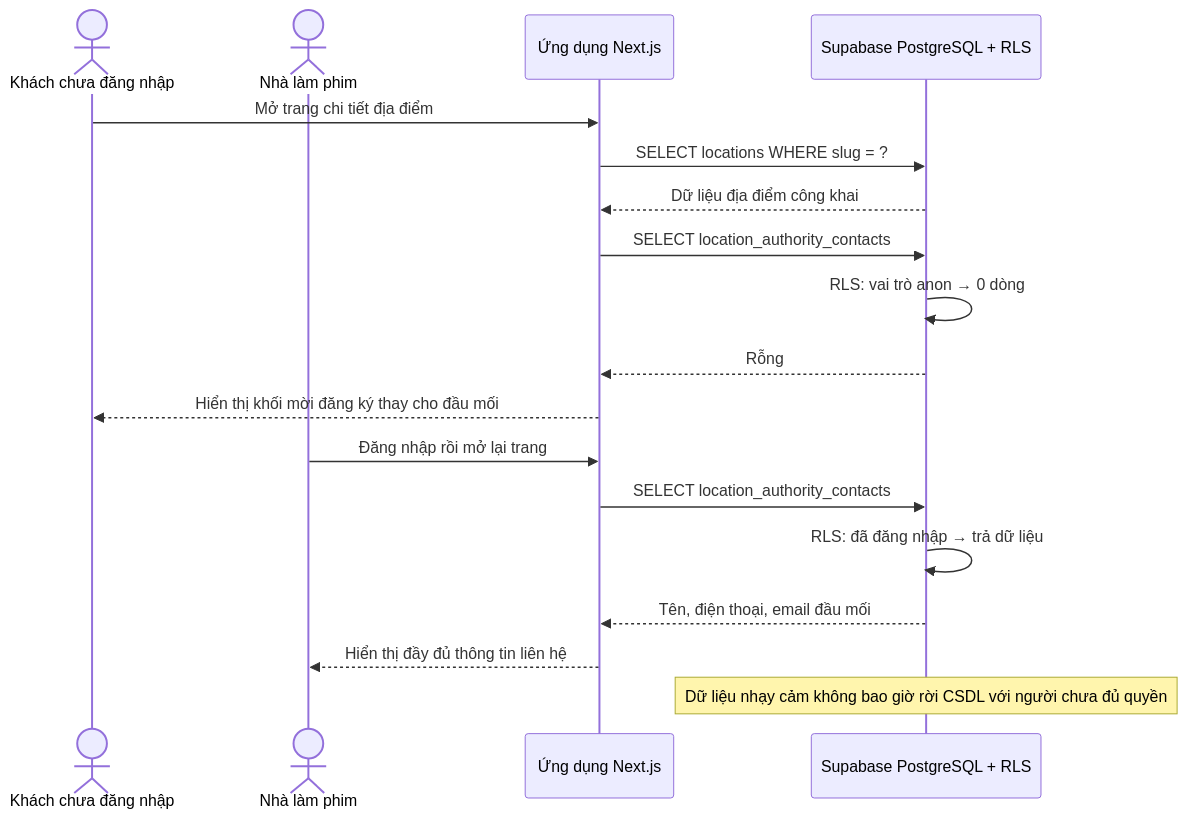
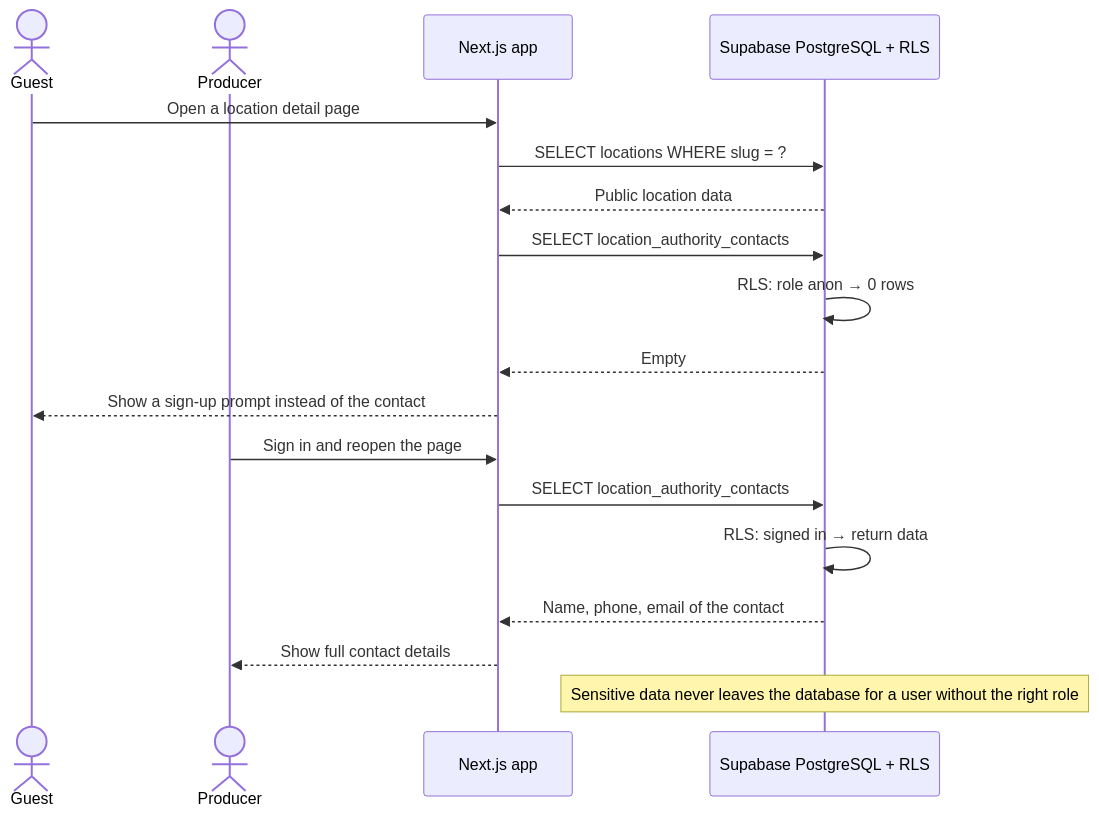
The fourth of 12 diagrams in docs/architecture/sequence-diagrams.md (namnt2005/CINEMATCH-DBIZ3.TeamC), drawn with Mermaid before and after one commit. The commit also changed other lines of this file and 92 other files, not shown here.

````diff
--- a/docs/architecture/sequence-diagrams.md
+++ b/docs/architecture/sequence-diagrams.md
@@ -110,21 +111,21 @@
 ```mermaid
 sequenceDiagram
-    actor GU as Khách chưa đăng nhập
-    actor U as Nhà làm phim
-    participant FE as Ứng dụng Next.js
+    actor GU as Guest
+    actor U as Producer
+    participant FE as Next.js app
     participant DB as Supabase PostgreSQL + RLS
 
-    GU->>FE: Mở trang chi tiết địa điểm
+    GU->>FE: Open a location detail page
     FE->>DB: SELECT locations WHERE slug = ?
-    DB-->>FE: Dữ liệu địa điểm công khai
+    DB-->>FE: Public location data
     FE->>DB: SELECT location_authority_contacts
-    DB->>DB: RLS: vai trò anon → 0 dòng
-    DB-->>FE: Rỗng
-    FE-->>GU: Hiển thị khối mời đăng ký thay cho đầu mối
-    U->>FE: Đăng nhập rồi mở lại trang
+    DB->>DB: RLS: role anon → 0 rows
+    DB-->>FE: Empty
+    FE-->>GU: Show a sign-up prompt instead of the contact
+    U->>FE: Sign in and reopen the page
     FE->>DB: SELECT location_authority_contacts
-    DB->>DB: RLS: đã đăng nhập → trả dữ liệu
-    DB-->>FE: Tên, điện thoại, email đầu mối
-    FE-->>U: Hiển thị đầy đủ thông tin liên hệ
-    Note over DB: Dữ liệu nhạy cảm không bao giờ rời CSDL với người chưa đủ quyền
+    DB->>DB: RLS: signed in → return data
+    DB-->>FE: Name, phone, email of the contact
+    FE-->>U: Show full contact details
+    Note over DB: Sensitive data never leaves the database for a user without the right role
 ```
````
